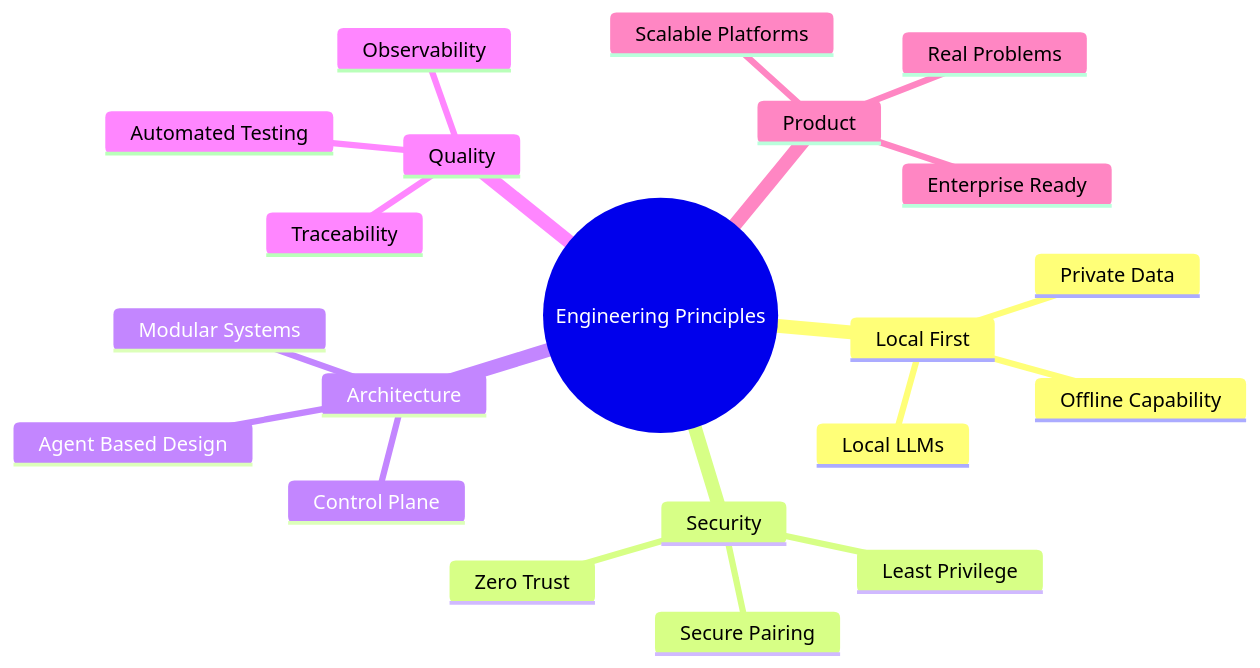
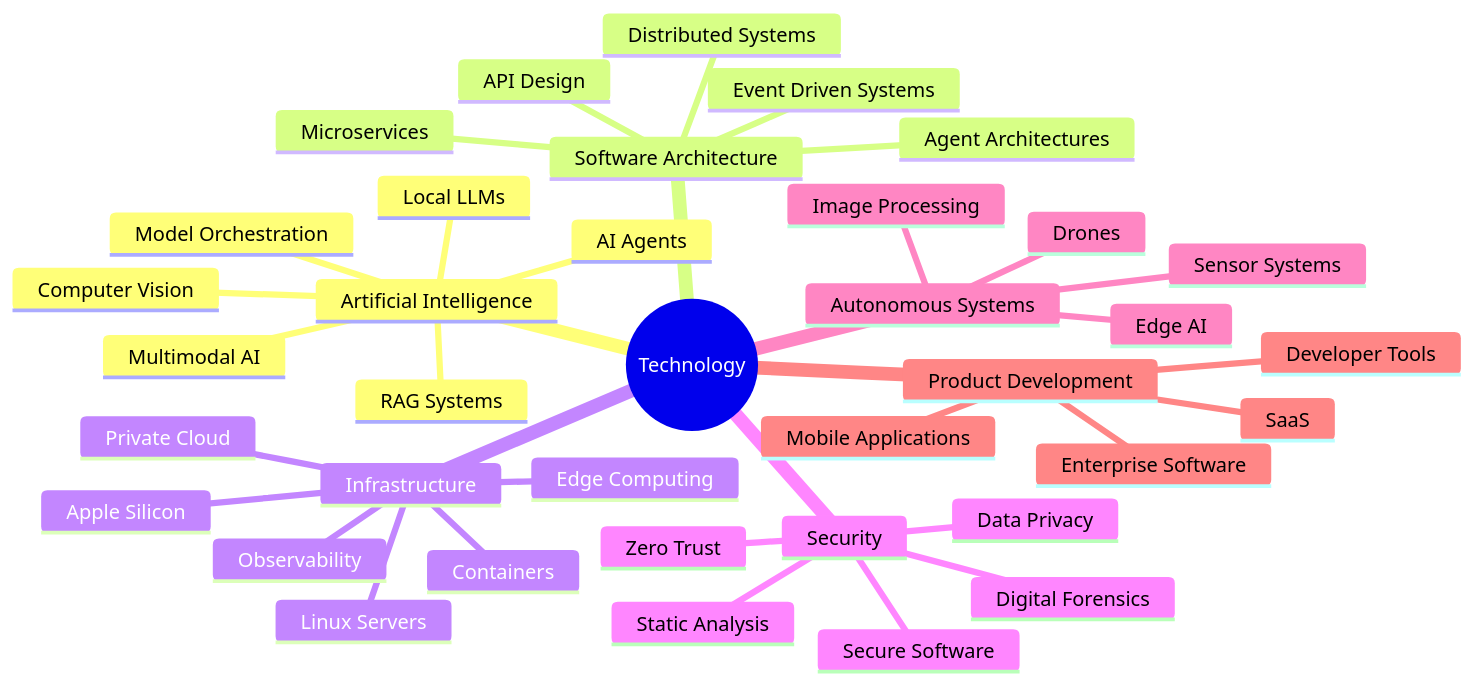
Before and after one commit to mtntasci/mtntasci: the second of 5 diagrams in README.md, drawn with Mermaid. The commit also changed other lines of this file, not shown here.

````diff
--- a/README.md
+++ b/README.md
@@ -257,24 +81,40 @@
 ```mermaid
 mindmap
-  root((Engineering Principles))
-    Local First
-      Private Data
-      Offline Capability
+  root((Technology))
+    Artificial Intelligence
       Local LLMs
+      AI Agents
+      RAG Systems
+      Computer Vision
+      Multimodal AI
+      Model Orchestration
+    Software Architecture
+      Distributed Systems
+      Agent Architectures
+      Microservices
+      Event Driven Systems
+      API Design
+    Infrastructure
+      Linux Servers
+      Apple Silicon
+      Containers
+      Observability
+      Edge Computing
+      Private Cloud
     Security
       Zero Trust
-      Least Privilege
-      Secure Pairing
-    Architecture
-      Modular Systems
-      Control Plane
-      Agent Based Design
-    Quality
-      Automated Testing
-      Observability
-      Traceability
-    Product
-      Real Problems
-      Scalable Platforms
-      Enterprise Ready
+      Secure Software
+      Static Analysis
+      Digital Forensics
+      Data Privacy
+    Autonomous Systems
+      Drones
+      Edge AI
+      Sensor Systems
+      Image Processing
+    Product Development
+      SaaS
+      Enterprise Software
+      Mobile Applications
+      Developer Tools
 ```
````
